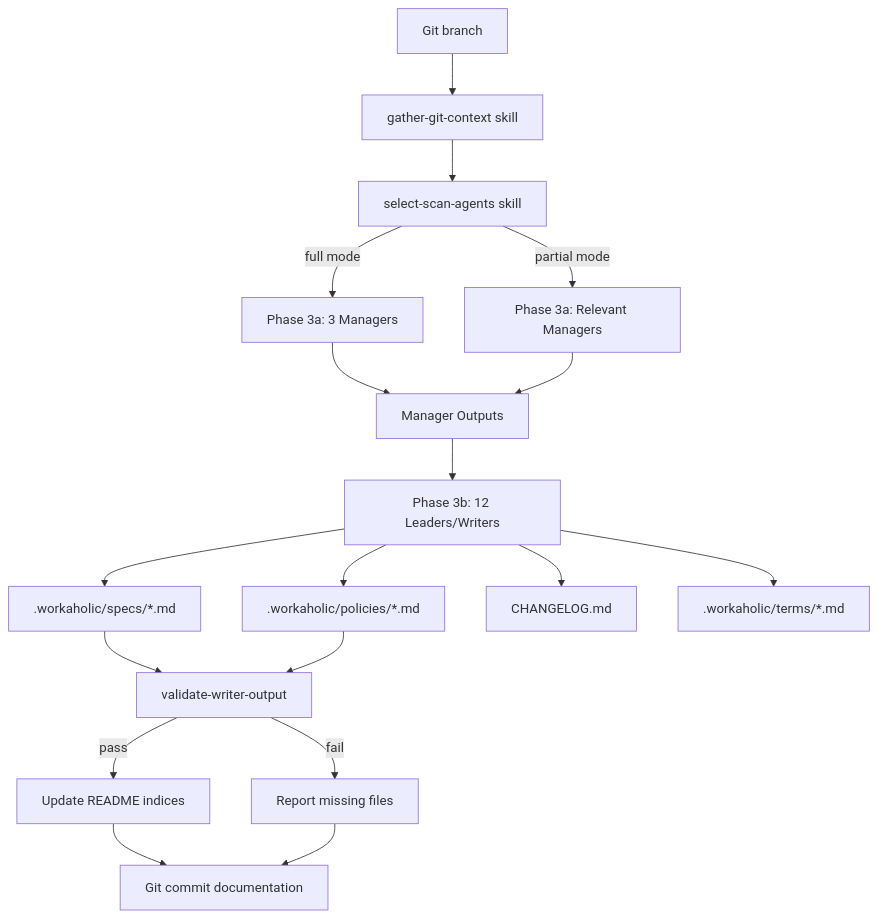
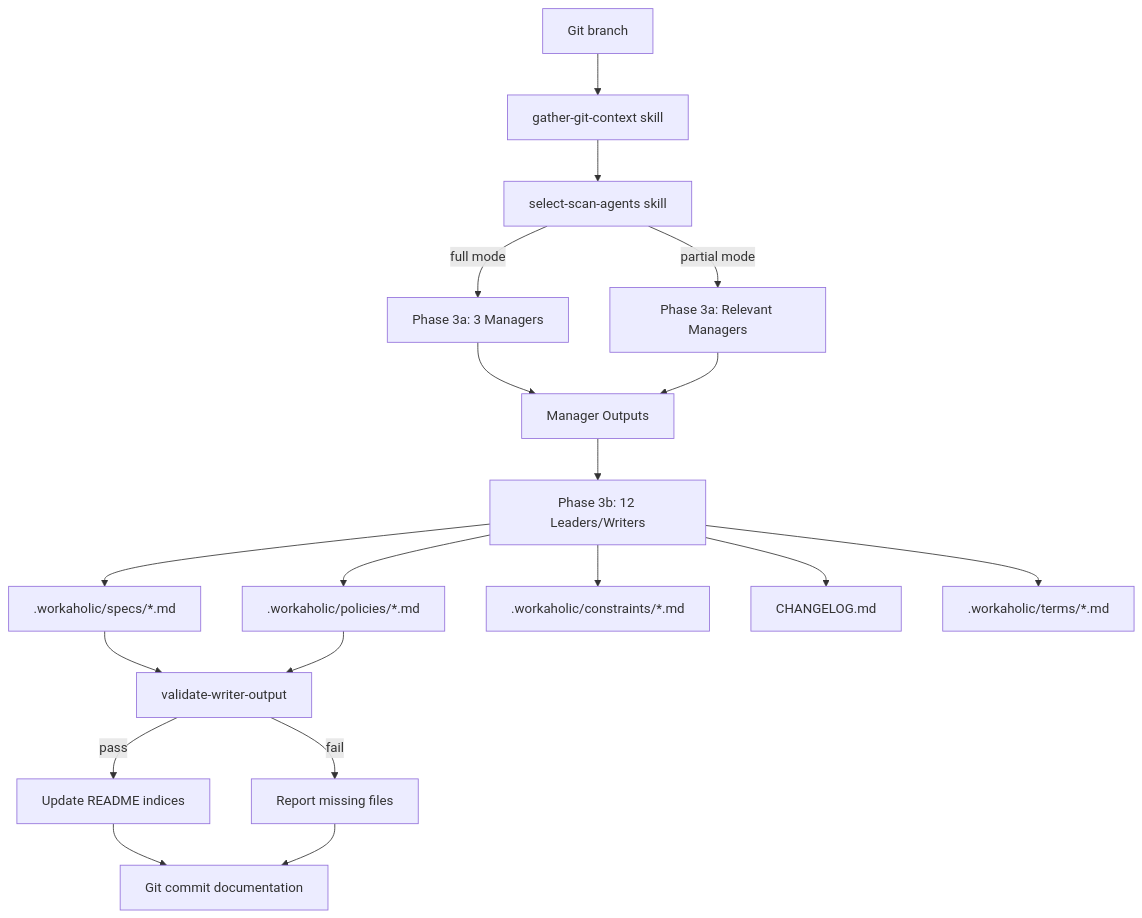
Before and after one commit to qmu/workaholic: the eighth of 9 diagrams in .workaholic/specs/application.md, drawn with Mermaid. The commit also changed other lines of this file and 29 other files, not shown here.

````diff
--- a/.workaholic/specs/application.md
+++ b/.workaholic/specs/application.md
@@ -313,27 +318,28 @@
 ```mermaid
 flowchart TD
     Branch[Git branch] --> Context[gather-git-context skill]
     Context --> Select[select-scan-agents skill]
 
     Select -->|full mode| Phase3a[Phase 3a: 3 Managers]
     Select -->|partial mode| Phase3aPartial[Phase 3a: Relevant Managers]
 
     Phase3a --> ManagerOutputs[Manager Outputs]
     Phase3aPartial --> ManagerOutputs
 
     ManagerOutputs --> Phase3b[Phase 3b: 12 Leaders/Writers]
 
     Phase3b --> Specs[.workaholic/specs/*.md]
     Phase3b --> Policies[.workaholic/policies/*.md]
+    Phase3b --> Constraints[.workaholic/constraints/*.md]
     Phase3b --> Changelog[CHANGELOG.md]
     Phase3b --> Terms[.workaholic/terms/*.md]
 
     Specs --> Validate[validate-writer-output]
     Policies --> Validate
 
     Validate -->|pass| Index[Update README indices]
     Validate -->|fail| Report[Report missing files]
 
     Index --> DocCommit[Git commit documentation]
     Report --> DocCommit
 ```
````
